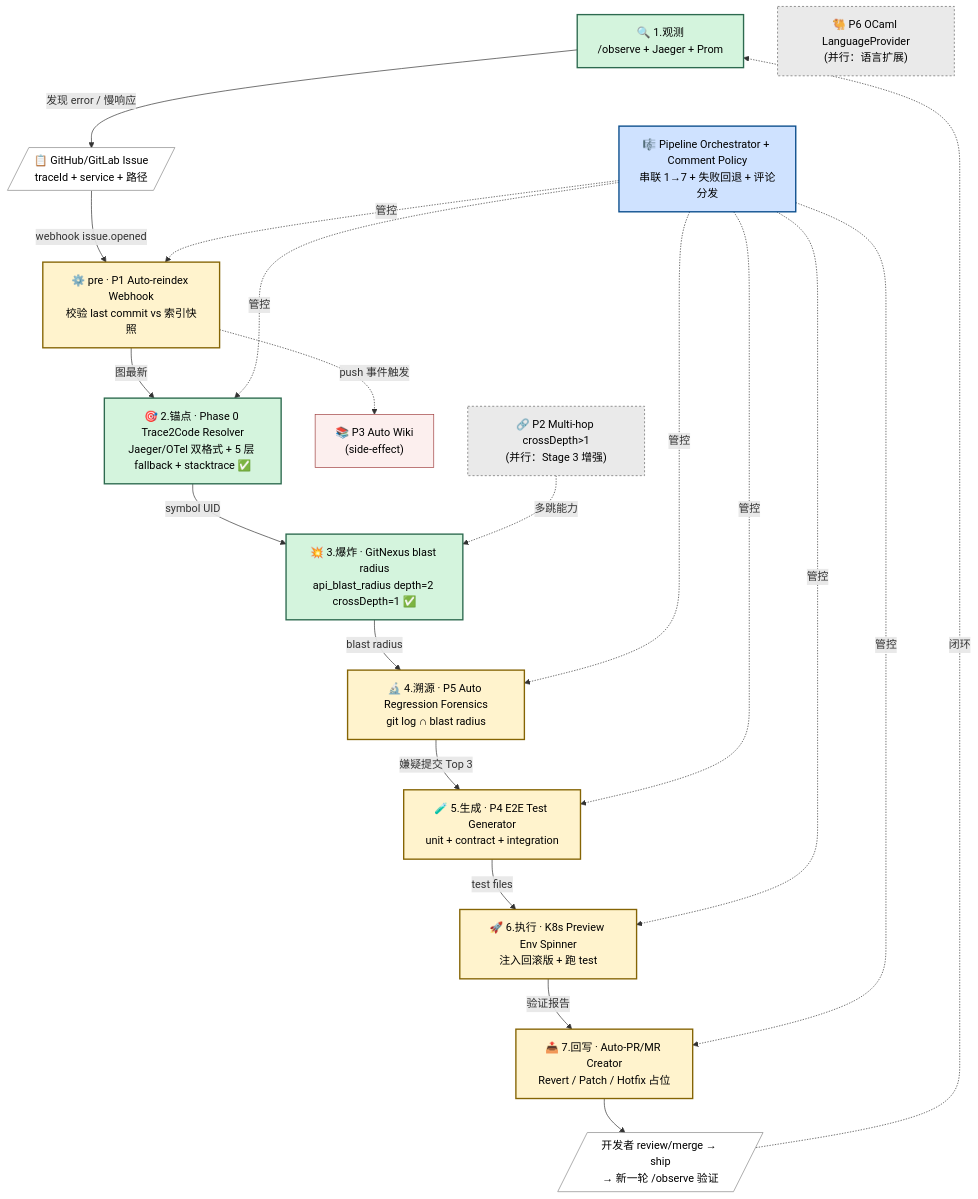
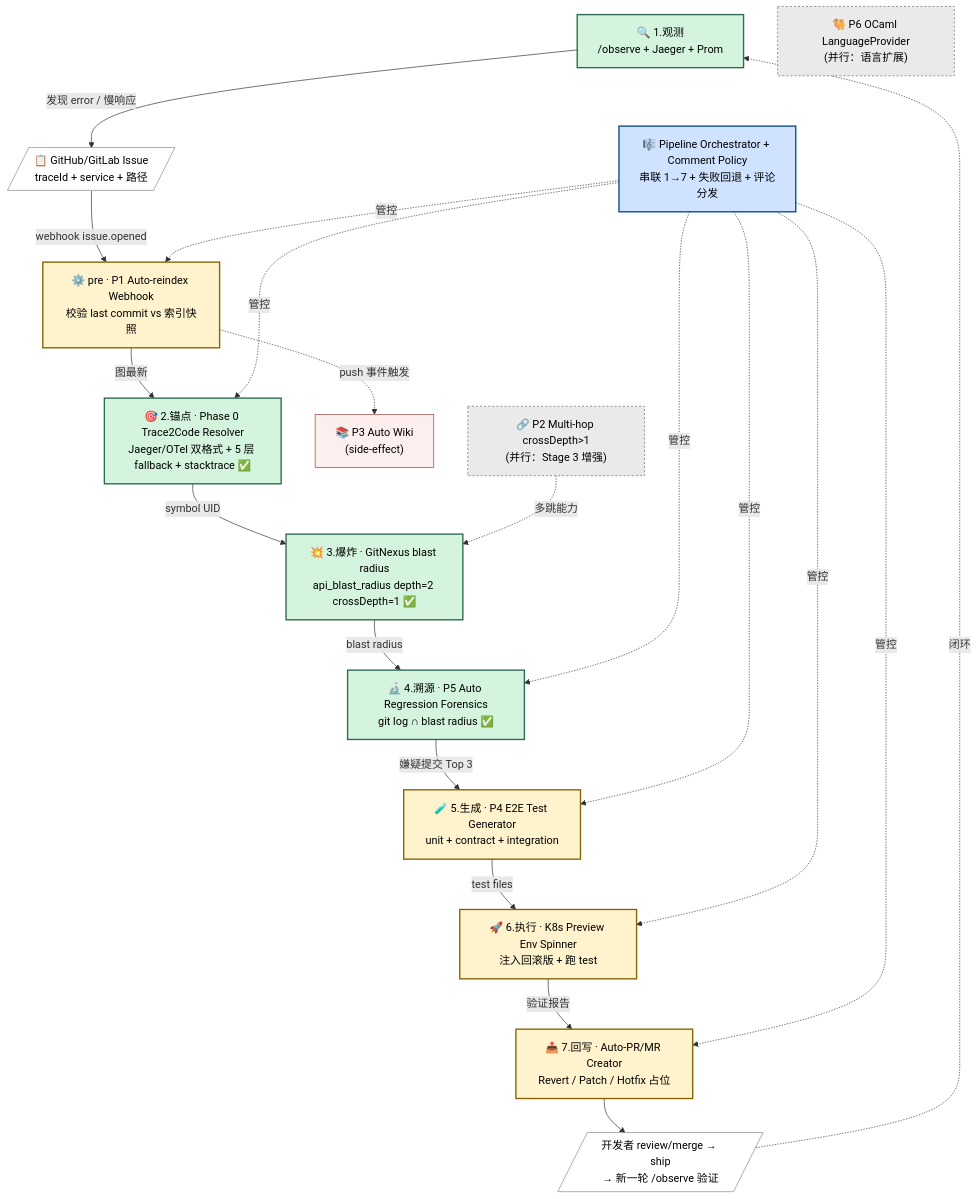
One commit to zxs1633079383/GitNexus changed the diagram in docs/learn/diagrams/16-agentic-devops-7-stage-loop.mmd. Above: the diagram before and after it, drawn with Mermaid. The commit also changed 5 other files, not shown here.

First line of the commit message:
feat(stage-4): 落地 P5 Auto Regression Forensics + 文件路径过滤

```diff
--- a/docs/learn/diagrams/16-agentic-devops-7-stage-loop.mmd
+++ b/docs/learn/diagrams/16-agentic-devops-7-stage-loop.mmd
@@ -1,47 +1,47 @@
 %% Agentic DevOps 7 阶段闭环 —— 团队自建版 GitNexus 企业版
 %% 配套文档：docs/learn/Agentic-DevOps-企业版路线图-v2.md §0.2
 
 flowchart TB
     OBS["🔍 1.观测<br/>/observe + Jaeger + Prom"]:::existing
     ISSUE[/"📋 GitHub/GitLab Issue<br/>traceId + service + 路径"/]:::external
     PRE["⚙️ pre · P1 Auto-reindex Webhook<br/>校验 last commit vs 索引快照"]:::new
     S2["🎯 2.锚点 · Phase 0 Trace2Code Resolver<br/>Jaeger/OTel 双格式 + 5 层 fallback + stacktrace ✅"]:::existing
     S3["💥 3.爆炸 · GitNexus blast radius<br/>api_blast_radius depth=2 crossDepth=1 ✅"]:::existing
-    S4["🔬 4.溯源 · P5 Auto Regression Forensics<br/>git log ∩ blast radius"]:::new
+    S4["🔬 4.溯源 · P5 Auto Regression Forensics<br/>git log ∩ blast radius ✅"]:::existing
     S5["🧪 5.生成 · P4 E2E Test Generator<br/>unit + contract + integration"]:::new
     S6["🚀 6.执行 · K8s Preview Env Spinner<br/>注入回滚版 + 跑 test"]:::new
     S7["📤 7.回写 · Auto-PR/MR Creator<br/>Revert / Patch / Hotfix 占位"]:::new
     LOOP[/"开发者 review/merge → ship<br/>→ 新一轮 /observe 验证"/]:::external
 
     ORCH["🎼 Pipeline Orchestrator + Comment Policy<br/>串联 1→7 + 失败回退 + 评论分发"]:::cross
     WIKI["📚 P3 Auto Wiki<br/>(side-effect)"]:::side
     P2["🔗 P2 Multi-hop crossDepth>1<br/>(并行：Stage 3 增强)"]:::parallel
     P6["🐫 P6 OCaml LanguageProvider<br/>(并行：语言扩展)"]:::parallel
 
     OBS -->|发现 error / 慢响应| ISSUE
     ISSUE -->|webhook issue.opened| PRE
     PRE -->|图最新| S2
     S2 -->|symbol UID| S3
     S3 -->|blast radius| S4
     S4 -->|嫌疑提交 Top 3| S5
     S5 -->|test files| S6
     S6 -->|验证报告| S7
     S7 --> LOOP
     LOOP -.->|闭环| OBS
 
     ORCH -.->|管控| PRE
     ORCH -.->|管控| S2
     ORCH -.->|管控| S4
     ORCH -.->|管控| S5
     ORCH -.->|管控| S6
     ORCH -.->|管控| S7
 
     PRE -.->|push 事件触发| WIKI
     P2 -.->|多跳能力| S3
 
     classDef existing fill:#d4f4dd,stroke:#2d6a4f,color:#000,stroke-width:2px
     classDef new fill:#fff3cd,stroke:#856404,color:#000,stroke-width:2px
     classDef cross fill:#cfe2ff,stroke:#0a4d8c,color:#000,stroke-width:2px
     classDef side fill:#fcefee,stroke:#a04040,color:#000,stroke-width:1px
     classDef parallel fill:#eaeaea,stroke:#666,color:#000,stroke-width:1px,stroke-dasharray: 3 3
     classDef external fill:#fff,stroke:#888,color:#000,stroke-width:1px
```
